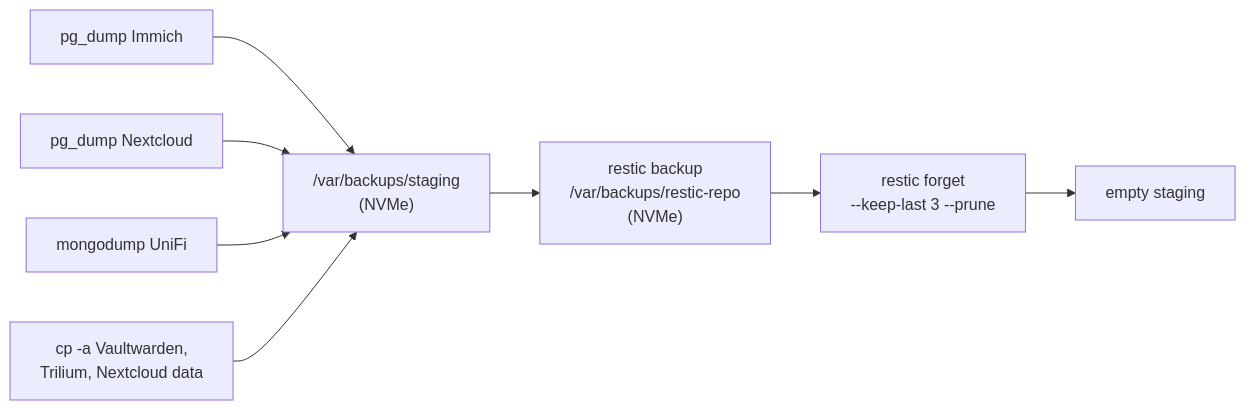
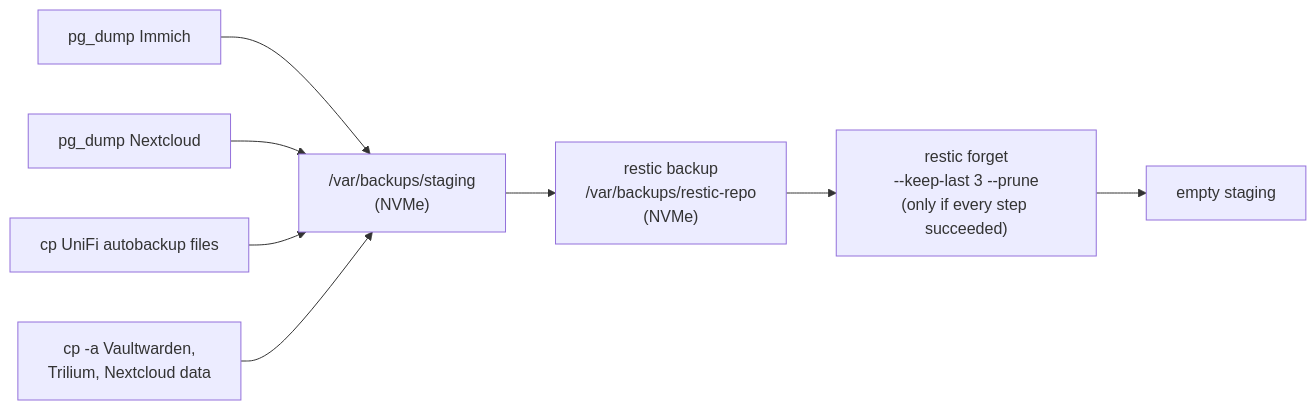
One commit to schultzn6619/homelab-documentation changed the second of 2 diagrams in docs/storage-and-backups.md. Above: the diagram before and after it, drawn with Mermaid. The commit also changed other lines of this file and 5 other files, not shown here.

````diff
--- a/docs/storage-and-backups.md
+++ b/docs/storage-and-backups.md
@@ -104,10 +104,10 @@
 ```mermaid
 flowchart LR
     A[pg_dump Immich] --> S["/var/backups/staging<br/>(NVMe)"]
     B[pg_dump Nextcloud] --> S
-    C[mongodump UniFi] --> S
+    C["cp UniFi autobackup files"] --> S
     D["cp -a Vaultwarden,<br/>Trilium, Nextcloud data"] --> S
     S --> R["restic backup<br/>/var/backups/restic-repo<br/>(NVMe)"]
-    R --> F["restic forget<br/>--keep-last 3 --prune"]
+    R --> F["restic forget<br/>--keep-last 3 --prune<br/>(only if every step succeeded)"]
     F --> X[empty staging]
 ```
````
